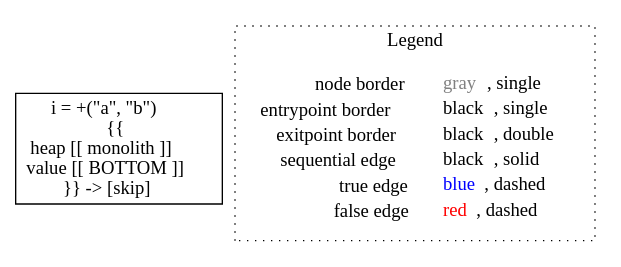
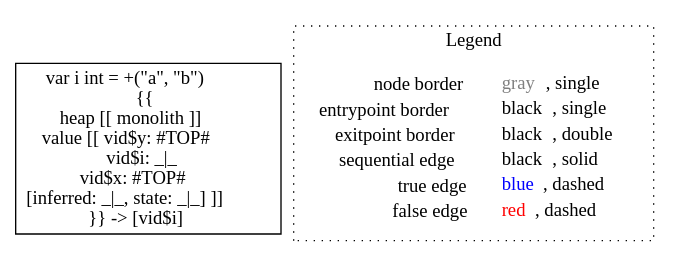
The diagram in go-lisa/test-outputs/typing/typing___int_~LiSAProgram.typeError2(int_x,_int_y).dot (lisa-analyzer/go-lisa), drawn with Graphviz before and after one commit. The commit also changed 21 other files, not shown here.

```diff
--- a/go-lisa/test-outputs/typing/typing___int_~LiSAProgram.typeError2(int_x,_int_y).dot
+++ b/go-lisa/test-outputs/typing/typing___int_~LiSAProgram.typeError2(int_x,_int_y).dot
@@ -1,10 +1,10 @@
 digraph {
-	"node0" [shape="rect",color="black",label=<i = +(&quot;a&quot;, &quot;b&quot;)<BR/>{{<BR/>heap [[ monolith ]]<BR/>value [[ BOTTOM ]]<BR/>}} -&gt; [skip]>];
+	"node0" [shape="rect",color="black",label=<var i int = +(&quot;a&quot;, &quot;b&quot;)<BR/>{{<BR/>heap [[ monolith ]]<BR/>value [[ vid$y: #TOP#<BR/>vid$i: _|_<BR/>vid$x: #TOP#<BR/>[inferred: _|_, state: _|_] ]]<BR/>}} -&gt; [vid$i]>];
 subgraph cluster_legend {
 	label="Legend";
 	style=dotted;
 	node [shape=plaintext];
 	"legend" [label=<<table border="0" cellpadding="2" cellspacing="0" cellborder="0"><tr><td align="right">node border&nbsp;</td><td align="left"><font color="gray">gray</font>, single</td></tr><tr><td align="right">entrypoint border&nbsp;</td><td align="left"><font color="black">black</font>, single</td></tr><tr><td align="right">exitpoint border&nbsp;</td><td align="left"><font color="black">black</font>, double</td></tr><tr><td align="right">sequential edge&nbsp;</td><td align="left"><font color="black">black</font>, solid</td></tr><tr><td align="right">true edge&nbsp;</td><td align="left"><font color="blue">blue</font>, dashed</td></tr><tr><td align="right">false edge&nbsp;</td><td align="left"><font color="red">red</font>, dashed</td></tr></table>>];
 }
 
 }
```
